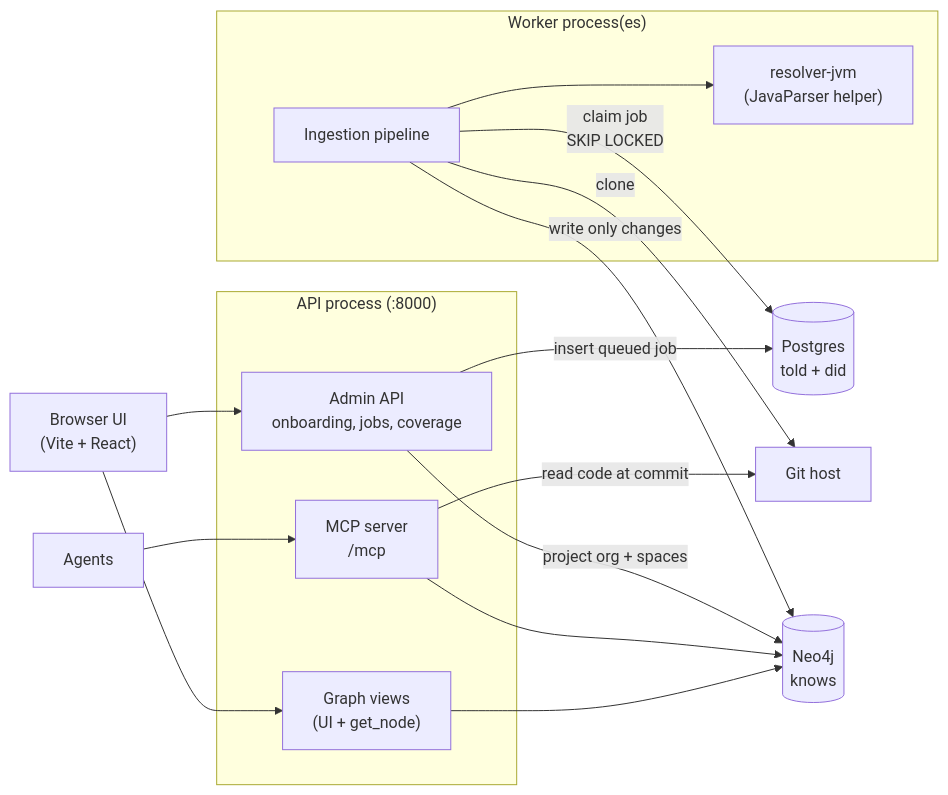
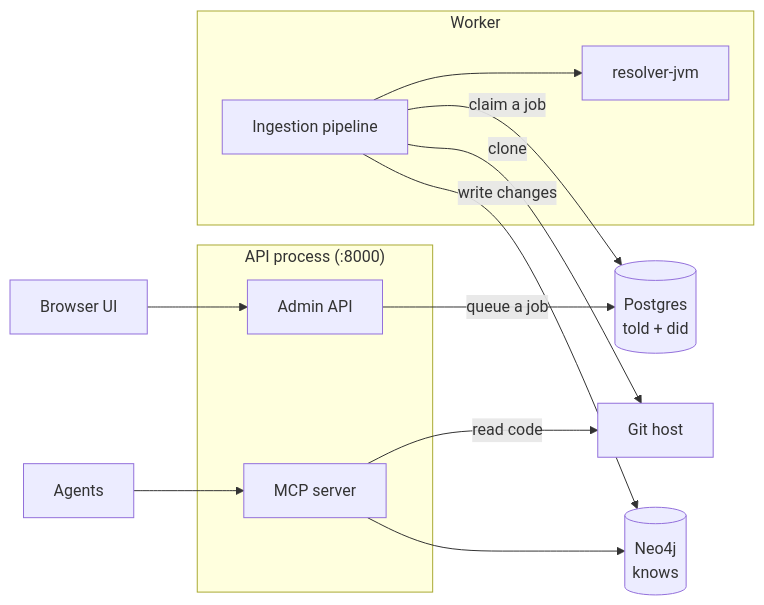
The diagram in docs/how-it-works/README.md (KBavis/steno), drawn with Mermaid before and after one commit. The commit also changed other lines of this file and 35 other files, not shown here.

First line of the commit message:
docs: simplify the docs and record D150 (flows-first routing)

````diff
--- a/docs/how-it-works/README.md
+++ b/docs/how-it-works/README.md
@@ -15,22 +12,20 @@
 ```mermaid
 flowchart LR
+    UI["Browser UI"] --> ADM
+    AG["Agents"] --> MCP
     subgraph API["API process (:8000)"]
-      ADM["Admin API<br/>onboarding, jobs, coverage"]
-      MCP["MCP server<br/>/mcp"]
-      VIEWS["Graph views<br/>(UI + get_node)"]
+      ADM["Admin API"]
+      MCP["MCP server"]
     end
-    subgraph WK["Worker process(es)"]
+    subgraph WK["Worker"]
       PIPE["Ingestion pipeline"]
-      JVM["resolver-jvm<br/>(JavaParser helper)"]
+      JVM["resolver-jvm"]
     end
-    UI["Browser UI<br/>(Vite + React)"] --> ADM & VIEWS
-    AG["Agents"] --> MCP
-    ADM -- "insert queued job" --> PG[("Postgres<br/>told + did")]
-    PIPE -- "claim job<br/>SKIP LOCKED" --> PG
+    ADM -- "queue a job" --> PG[("Postgres<br/>told + did")]
+    PIPE -- "claim a job" --> PG
     PIPE -- "clone" --> GIT["Git host"]
     PIPE --> JVM
-    PIPE -- "write only changes" --> NEO[("Neo4j<br/>knows")]
-    ADM -- "project org + spaces" --> NEO
-    MCP & VIEWS --> NEO
-    MCP -- "read code at commit" --> GIT
+    PIPE -- "write changes" --> NEO[("Neo4j<br/>knows")]
+    MCP --> NEO
+    MCP -- "read code" --> GIT
 ```
````
